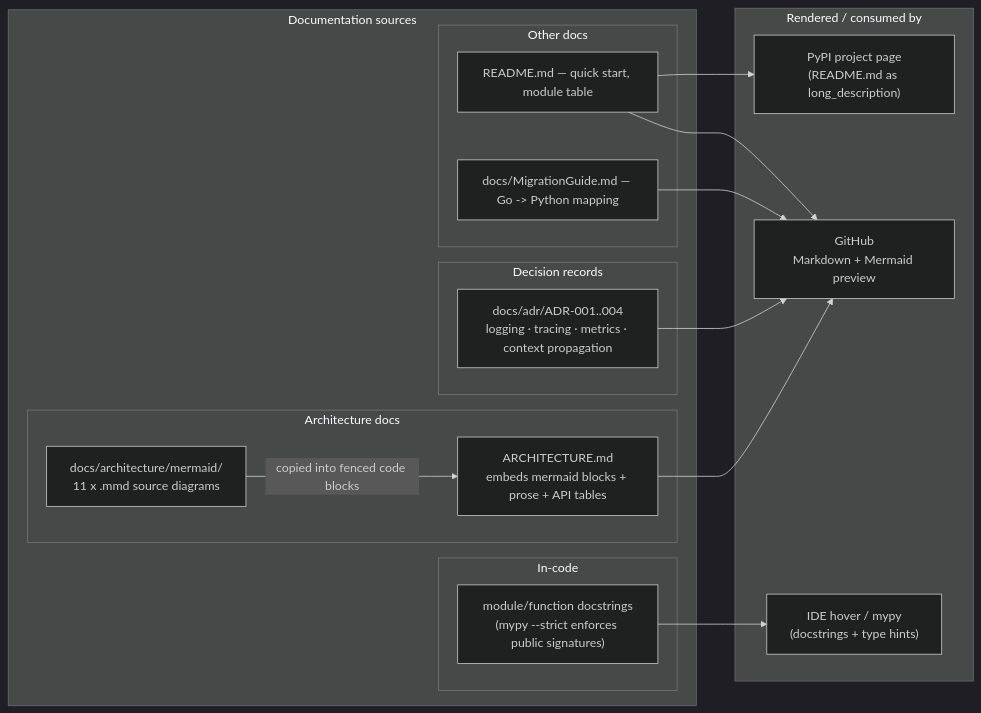
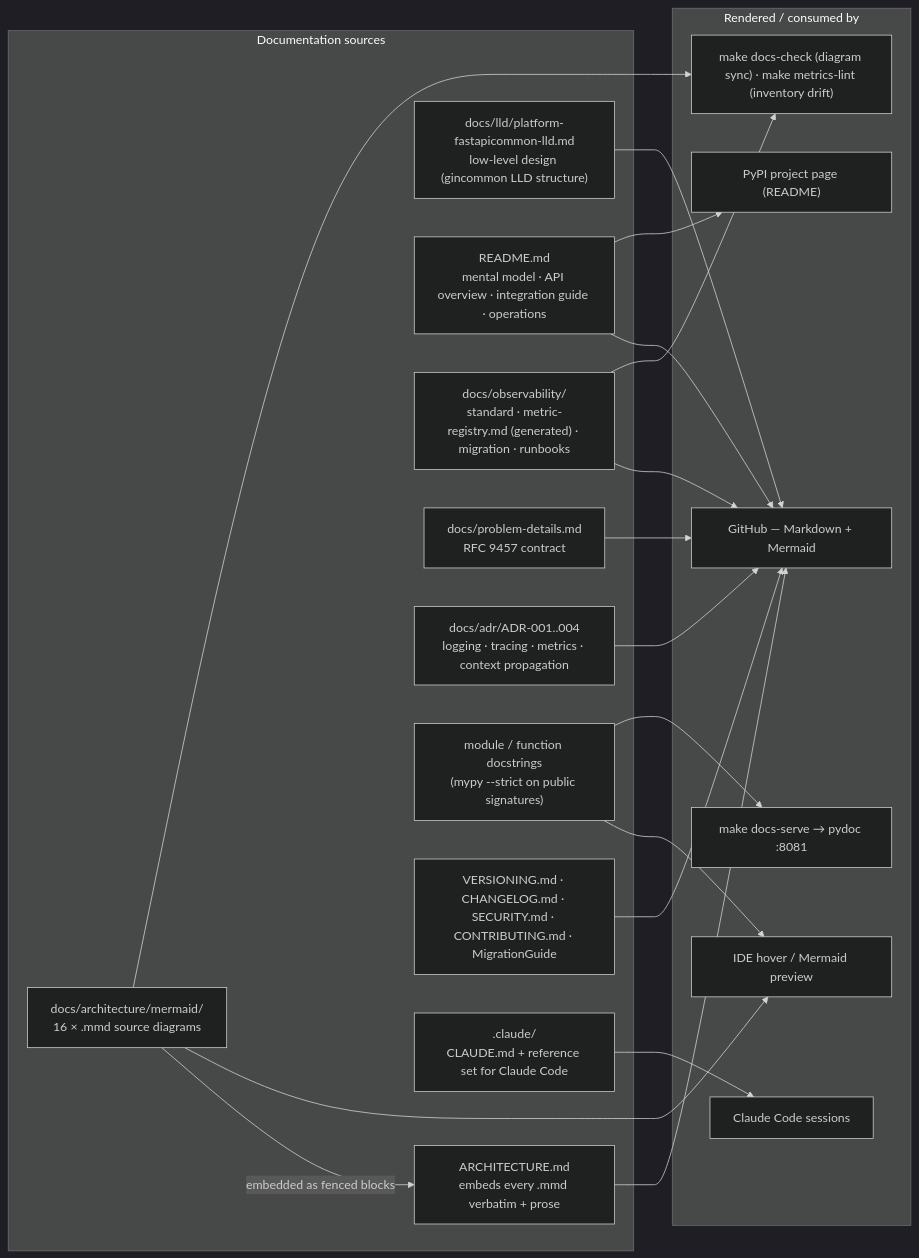
One commit to BCBP-SOLUTIONS-FZC-LLC/platform-fastapicommon changed diagram 16 of 16 in ARCHITECTURE.md. Above: the diagram before and after it, drawn with Mermaid (dark theme). The commit also changed other lines of this file and 141 other files, not shown here.

First line of the commit message:
feat!: align logs, metrics and traces with platform-gincommon v2; CI/CD port; production-readiness fixes (#25)

````diff
--- a/ARCHITECTURE.md
+++ b/ARCHITECTURE.md
@@ -668,36 +1098,40 @@
 ```mermaid
 graph LR
     subgraph sources["Documentation sources"]
-        subgraph code_src["In-code"]
-            docstrings["module/function docstrings\n(mypy --strict enforces public signatures)"]
-        end
-
-        subgraph arch_src["Architecture docs"]
-            mmd_files["docs/architecture/mermaid/\n11 x .mmd source diagrams"]
-            arch_md["ARCHITECTURE.md\nembeds mermaid blocks + prose + API tables"]
-        end
-
-        subgraph adr_src["Decision records"]
-            adrs["docs/adr/ADR-001..004\nlogging · tracing · metrics · context propagation"]
-        end
-
-        subgraph other_src["Other docs"]
-            readme["README.md — quick start, module table"]
-            migration["docs/MigrationGuide.md — Go -> Python mapping"]
-        end
+        mmd["docs/architecture/mermaid/<br/>16 × .mmd source diagrams"]
+        arch["ARCHITECTURE.md<br/>embeds every .mmd verbatim + prose"]
+        lld["docs/lld/platform-fastapicommon-lld.md<br/>low-level design (gincommon LLD structure)"]
+        readme["README.md<br/>mental model · API overview · integration guide · operations"]
+        obsdocs["docs/observability/<br/>standard · metric-registry.md (generated) · migration · runbooks"]
+        probdoc["docs/problem-details.md<br/>RFC 9457 contract"]
+        adrs["docs/adr/ADR-001..004<br/>logging · tracing · metrics · context propagation"]
+        docstrings["module / function docstrings<br/>(mypy --strict on public signatures)"]
+        policy["VERSIONING.md · CHANGELOG.md · SECURITY.md · CONTRIBUTING.md · MigrationGuide"]
+        claude[".claude/<br/>CLAUDE.md + reference set for Claude Code"]
     end
 
     subgraph rendered["Rendered / consumed by"]
-        ide["IDE hover / mypy\n(docstrings + type hints)"]
-        github_md["GitHub\nMarkdown + Mermaid preview"]
-        pypi["PyPI project page\n(README.md as long_description)"]
+        github["GitHub — Markdown + Mermaid"]
+        ide["IDE hover / Mermaid preview"]
+        pydoc["make docs-serve → pydoc :8081"]
+        pypi["PyPI project page (README)"]
+        gates["make docs-check (diagram sync) · make metrics-lint (inventory drift)"]
+        agent["Claude Code sessions"]
     end
 
+    mmd -->|"embedded as fenced blocks"| arch
+    mmd --> ide
+    arch --> github
+    lld --> github
+    readme --> github
+    readme --> pypi
+    obsdocs --> github
+    obsdocs --> gates
+    mmd --> gates
+    probdoc --> github
+    adrs --> github
     docstrings --> ide
-    mmd_files -->|"copied into fenced code blocks"| arch_md
-    arch_md --> github_md
-    adrs --> github_md
-    readme --> github_md
-    readme --> pypi
-    migration --> github_md
+    docstrings --> pydoc
+    policy --> github
+    claude --> agent
 ```
````
